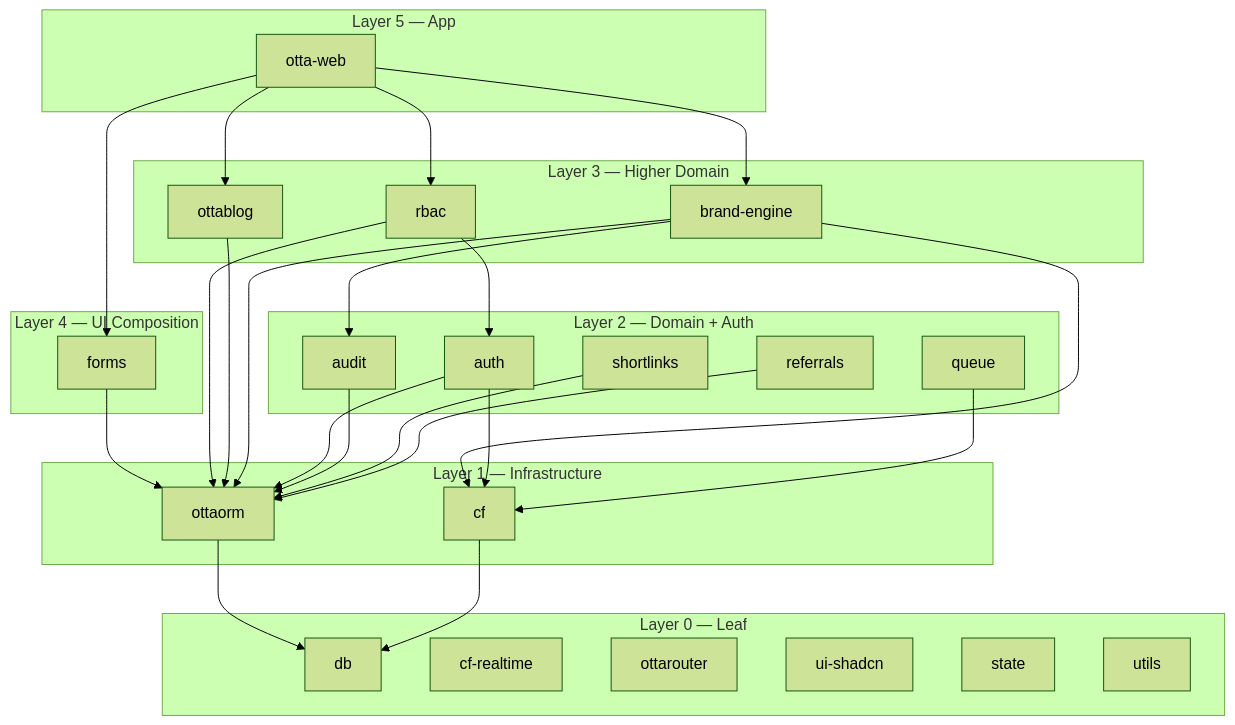
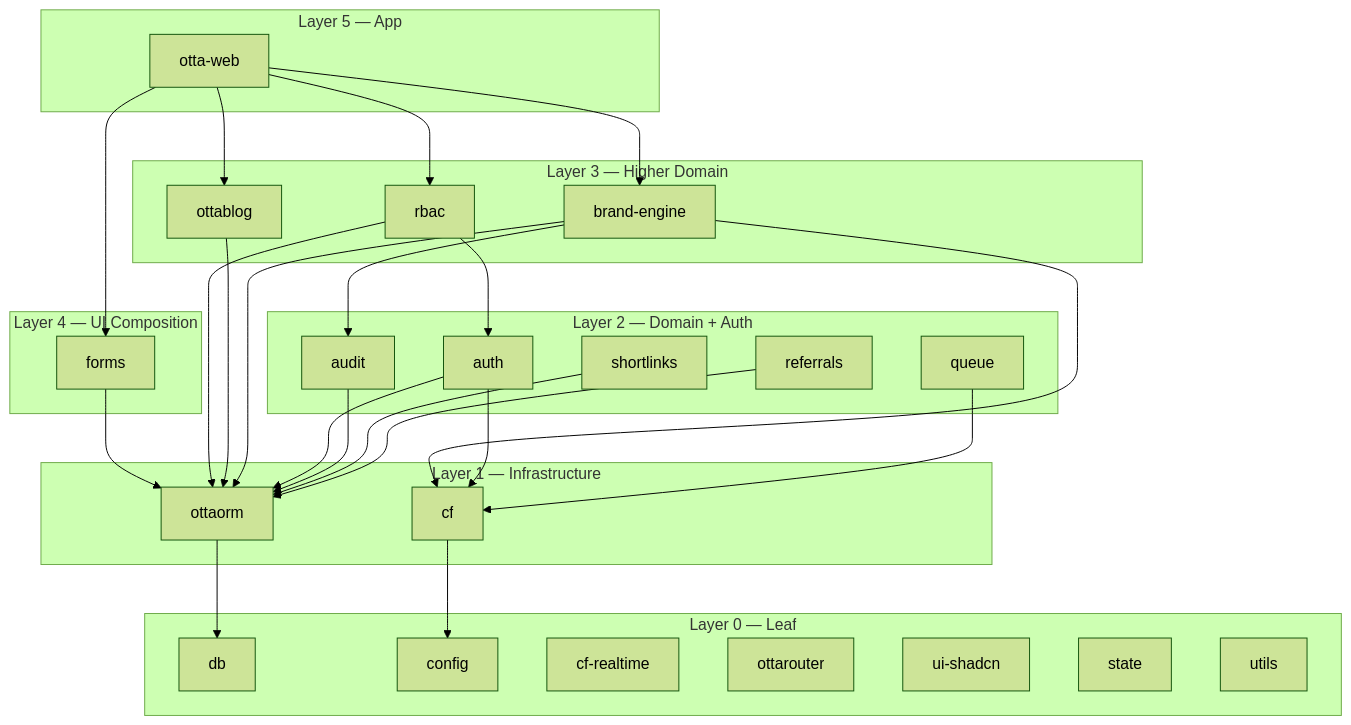
Before and after one commit to thinkdj/ottabase: the second of 13 diagrams in ARCHITECTURE.md, drawn with Mermaid (forest theme). The commit also changed other lines of this file and 48 other files, not shown here.

````diff
--- a/ARCHITECTURE.md
+++ b/ARCHITECTURE.md
@@ -55,51 +55,52 @@
 ```mermaid
 flowchart TD
     subgraph L5 [Layer 5 — App]
         App["otta-web"]
     end
 
     subgraph L4 [Layer 4 — UI Composition]
         forms
     end
 
     subgraph L3 [Layer 3 — Higher Domain]
         rbac
         ottablog
         brandEngine["brand-engine"]
     end
 
     subgraph L2 [Layer 2 — Domain + Auth]
         auth
         queue
         audit
         shortlinks
         referrals
     end
 
     subgraph L1 [Layer 1 — Infrastructure]
         cf
         ottaorm
     end
 
     subgraph L0 [Layer 0 — Leaf]
         db
+        config
         cfRealtime["cf-realtime"]
         ottarouter
         uiShadcn["ui-shadcn"]
         state
         utils
     end
 
     App --> forms & rbac & ottablog & brandEngine
     forms --> ottaorm
     rbac --> ottaorm & auth
     ottablog --> ottaorm
     brandEngine --> ottaorm & cf & audit
     auth --> cf & ottaorm
     queue --> cf
     audit --> ottaorm
     shortlinks --> ottaorm
     referrals --> ottaorm
     ottaorm --> db
-    cf --> db
+    cf --> config
 ```
````
